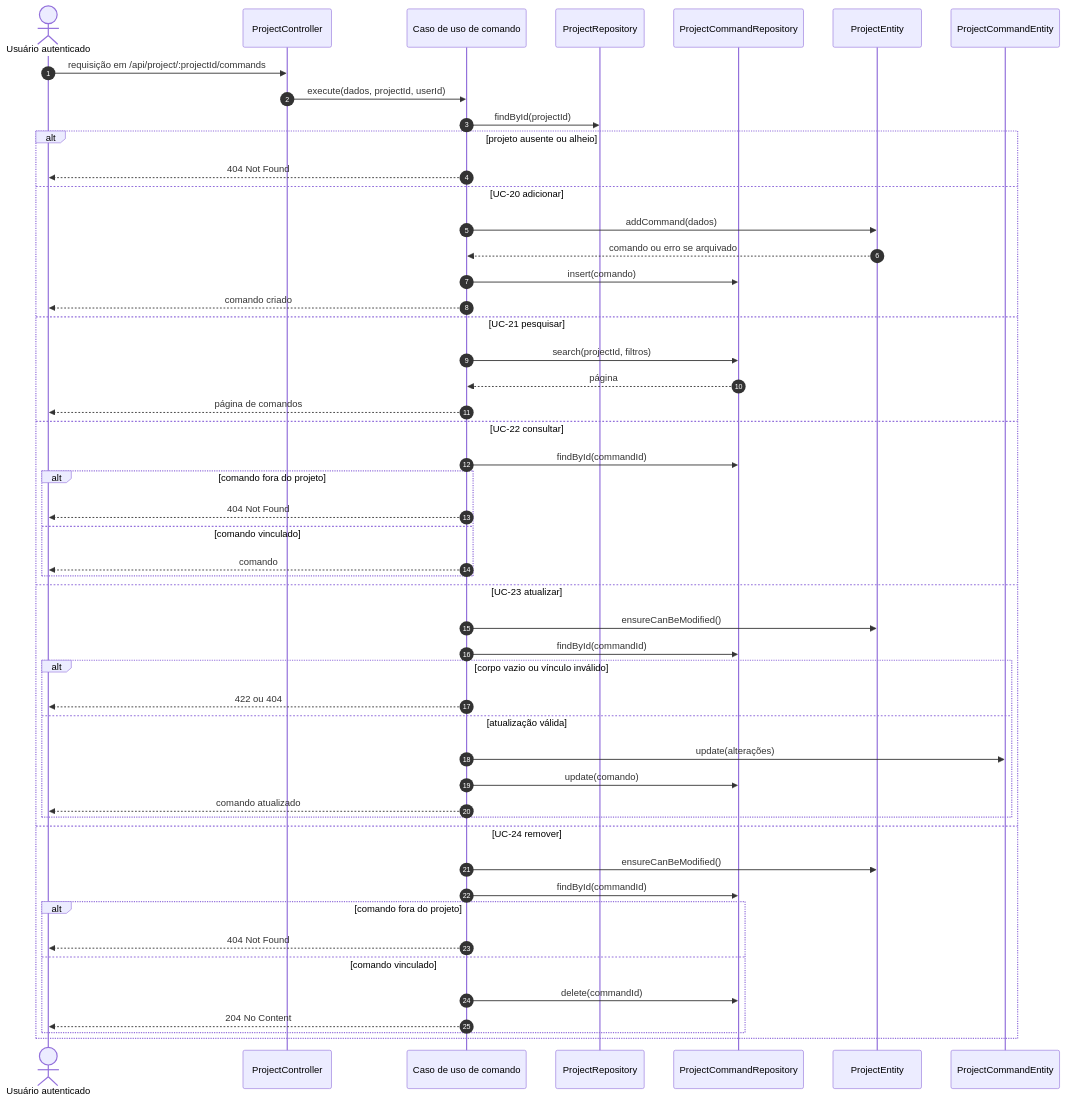
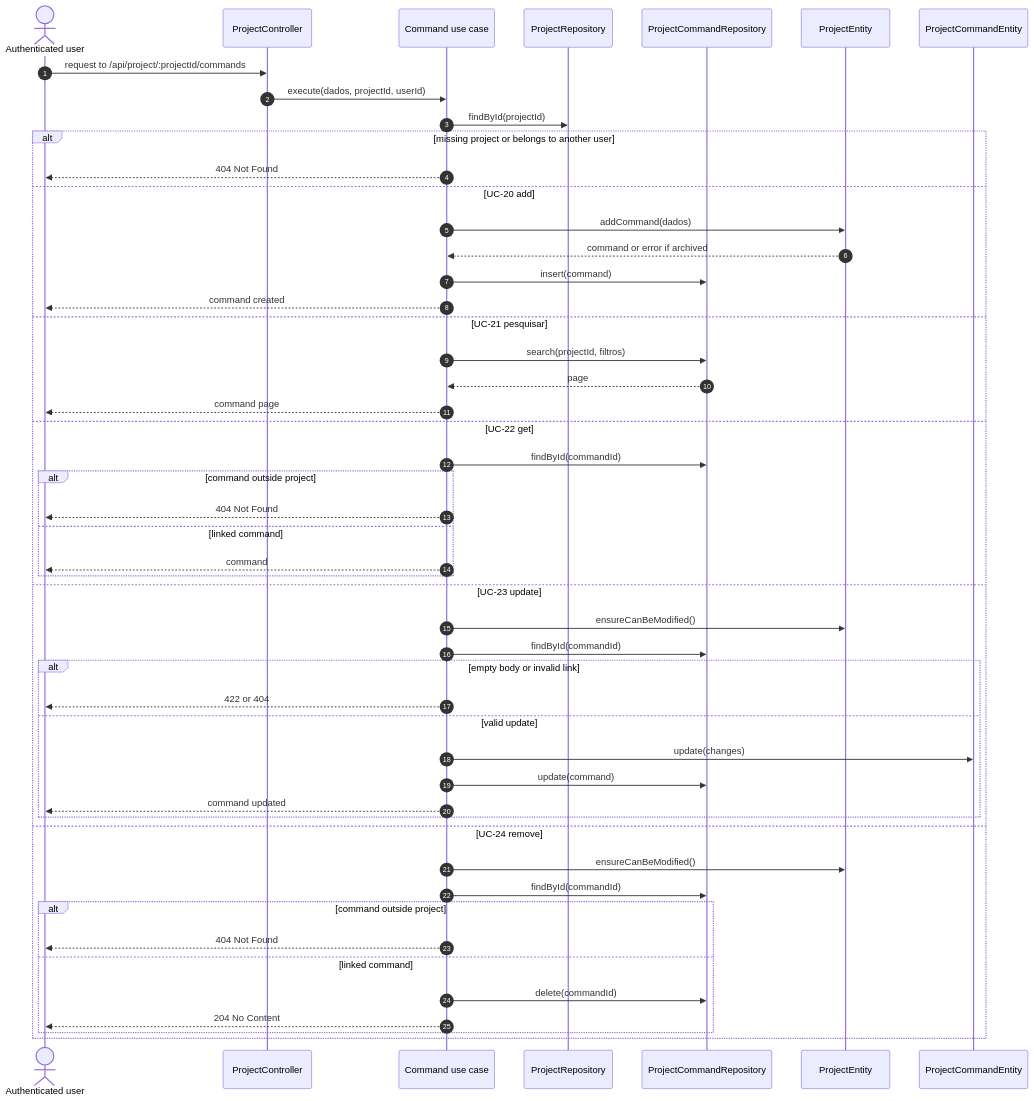
The fifth of 6 diagrams in docs/diagrams/sequences/projects.md (Lucalopezz/DevLog), drawn with Mermaid before and after one commit. The commit also changed other lines of this file and 235 other files, not shown here.

````diff
--- a/docs/diagrams/sequences/projects.md
+++ b/docs/diagrams/sequences/projects.md
@@ -173,53 +173,53 @@
 ```mermaid
 sequenceDiagram
     autonumber
-    actor Usuario as Usuário autenticado
+    actor UserActor as Authenticated user
     participant C as ProjectController
-    participant UC as Caso de uso de comando
+    participant UC as Command use case
     participant PRepo as ProjectRepository
     participant CRepo as ProjectCommandRepository
     participant Project as ProjectEntity
     participant Command as ProjectCommandEntity
 
-    Usuario->>C: requisição em /api/project/:projectId/commands
+    UserActor->>C: request to /api/project/:projectId/commands
     C->>UC: execute(dados, projectId, userId)
     UC->>PRepo: findById(projectId)
-    alt projeto ausente ou alheio
-        UC-->>Usuario: 404 Not Found
-    else UC-20 adicionar
+    alt missing project or belongs to another user
+        UC-->>UserActor: 404 Not Found
+    else UC-20 add
         UC->>Project: addCommand(dados)
-        Project-->>UC: comando ou erro se arquivado
-        UC->>CRepo: insert(comando)
-        UC-->>Usuario: comando criado
+        Project-->>UC: command or error if archived
+        UC->>CRepo: insert(command)
+        UC-->>UserActor: command created
     else UC-21 pesquisar
         UC->>CRepo: search(projectId, filtros)
-        CRepo-->>UC: página
-        UC-->>Usuario: página de comandos
-    else UC-22 consultar
+        CRepo-->>UC: page
+        UC-->>UserActor: command page
+    else UC-22 get
         UC->>CRepo: findById(commandId)
-        alt comando fora do projeto
-            UC-->>Usuario: 404 Not Found
-        else comando vinculado
-            UC-->>Usuario: comando
+        alt command outside project
+            UC-->>UserActor: 404 Not Found
+        else linked command
+            UC-->>UserActor: command
         end
-    else UC-23 atualizar
+    else UC-23 update
         UC->>Project: ensureCanBeModified()
         UC->>CRepo: findById(commandId)
-        alt corpo vazio ou vínculo inválido
-            UC-->>Usuario: 422 ou 404
-        else atualização válida
-            UC->>Command: update(alterações)
-            UC->>CRepo: update(comando)
-            UC-->>Usuario: comando atualizado
+        alt empty body or invalid link
+            UC-->>UserActor: 422 or 404
+        else valid update
+            UC->>Command: update(changes)
+            UC->>CRepo: update(command)
+            UC-->>UserActor: command updated
         end
-    else UC-24 remover
+    else UC-24 remove
         UC->>Project: ensureCanBeModified()
         UC->>CRepo: findById(commandId)
-        alt comando fora do projeto
-            UC-->>Usuario: 404 Not Found
-        else comando vinculado
+        alt command outside project
+            UC-->>UserActor: 404 Not Found
+        else linked command
             UC->>CRepo: delete(commandId)
-            UC-->>Usuario: 204 No Content
+            UC-->>UserActor: 204 No Content
         end
     end
 ```
````
